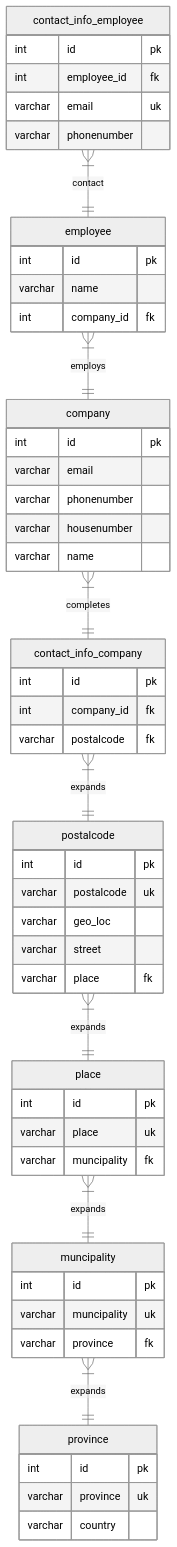
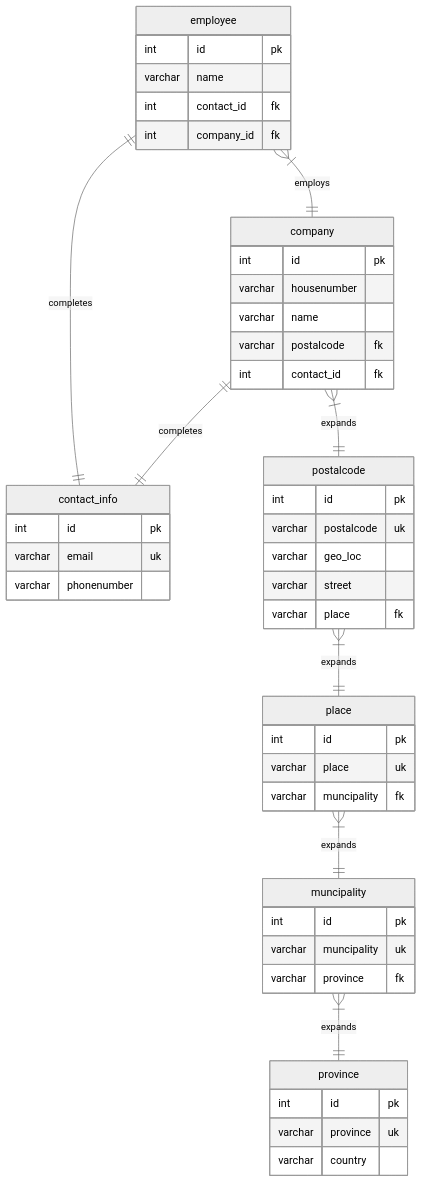
Before and after one commit to JeroenHeemskerk/educom-data-science-1710333950: the diagram in relational-data-storage/opdracht-1/DS-opdracht-1-v1.md, drawn with Mermaid (neutral theme).

````diff
--- a/relational-data-storage/opdracht-1/DS-opdracht-1-v1.md
+++ b/relational-data-storage/opdracht-1/DS-opdracht-1-v1.md
@@ -1,64 +1,58 @@
 ```mermaid
 erDiagram
-  company }|--|| contact_info_company : completes
+  company ||--|| contact_info : completes
+  company }|--|| postalcode : expands
   company{
   int id pk
-  varchar  email
-  varchar phonenumber
   varchar housenumber
   varchar name
+  varchar postalcode fk
+  int contact_id fk
 }
 
-  contact_info_company }|--|| postalcode : expands
-  contact_info_company{
-  int  id  pk
-  int company_id fk
-  varchar postalcode fk
-}
-
+  
   postalcode }|--|| place : expands
   postalcode{
   int id pk
   varchar postalcode uk
   varchar geo_loc
   varchar street
   varchar place fk
 }
 
   place }|--|| muncipality : expands
   place{
   int id pk
   varchar place uk
   varchar muncipality fk
 }
 
   muncipality }|--|| province : expands
   muncipality{
   int id pk
   varchar muncipality uk
   varchar province fk
 }
   
   province{
   int id pk
   varchar province uk
   varchar country
 }
   employee }|--|| company : employs
+  employee ||--|| contact_info : completes
   employee{
   int id pk
   varchar name
+  int contact_id fk
   int company_id fk
 }
 
-  %% I don't know how to include the email and phonenumber in a single table without constructing a circular conneciton
-  contact_info_employee }|--|| employee : contact
-  contact_info_employee{
+  contact_info{
   int  id  pk
-  int employee_id fk
   varchar  email uk
   varchar phonenumber
 }
 
 
 ```
````
